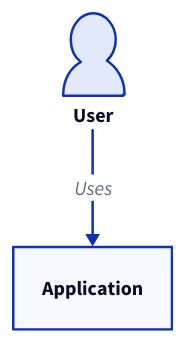
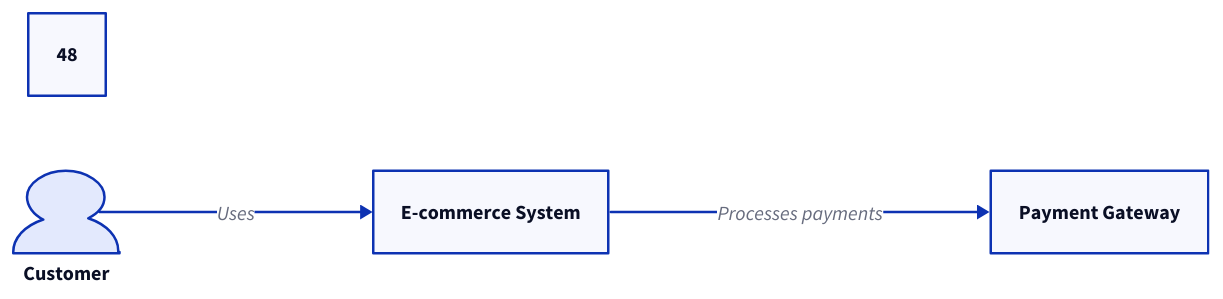
Before and after one commit to argentquest/Whysper: the third of 4 diagrams in prompts/coding/agent/c4-architecture.md, drawn with D2. The commit also changed other lines of this file and 443 other files, not shown here.

Commit message:
after adding the diagrams

````diff
--- a/prompts/coding/agent/c4-architecture.md
+++ b/prompts/coding/agent/c4-architecture.md
@@ -32,9 +99,27 @@
 ```d2
-user: User {
+vars: {
+  d2-config: {
+    layout-engine: elk
+    theme-id: 0
+    center: true
+  }
+}
+
+direction: right
+spacing: 48
+
+user: "Customer" {
   shape: person
 }
-app: Application {
+
+system: "E-commerce System" {
   shape: rectangle
 }
-user -> app: Uses
+
+payment: "Payment Gateway" {
+  shape: rectangle
+}
+
+user -> system: "Uses"
+system -> payment: "Processes payments"
 ```
````
